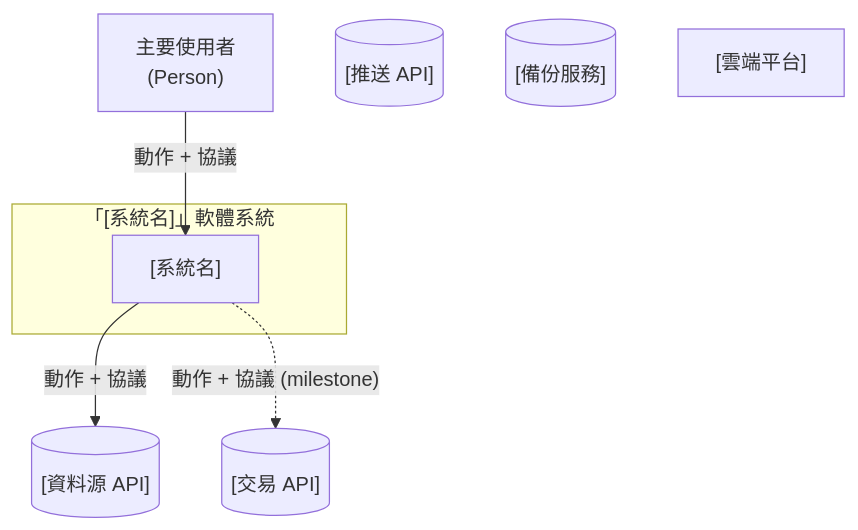
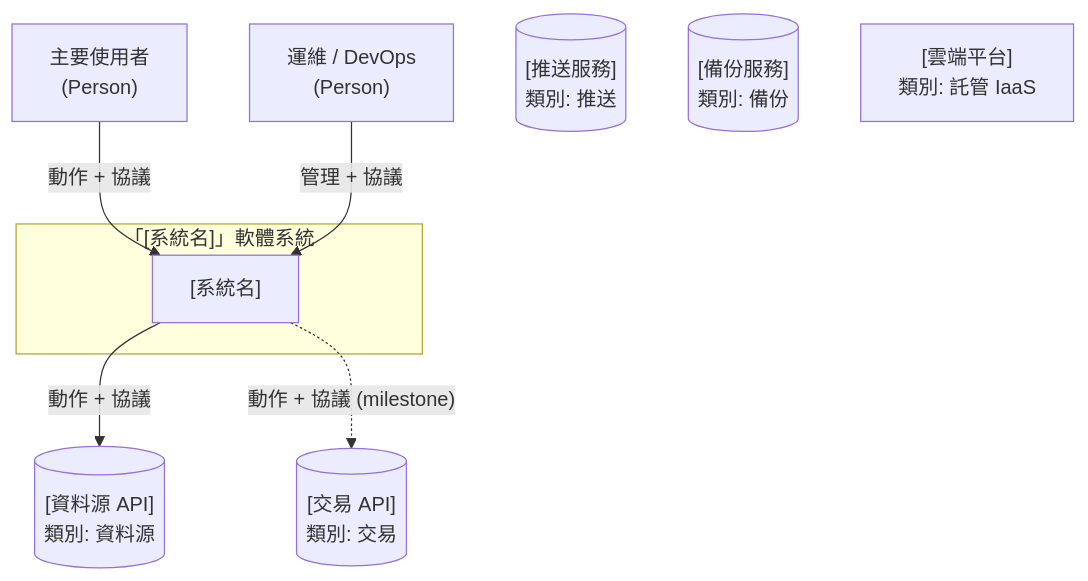
Before and after one commit to Zenobia000/Quantitative_Trading: the first of 7 diagrams in VibeCoding_Workflow_Templates/05_architecture_and_design_document.md, drawn with Mermaid. The commit also changed other lines of this file and 2 other files, not shown here.

First line of the commit message:
docs(VibeCoding): upgrade template 05 to v3.0 — modern architecture dimensions

````diff
--- a/VibeCoding_Workflow_Templates/05_architecture_and_design_document.md
+++ b/VibeCoding_Workflow_Templates/05_architecture_and_design_document.md
@@ -73,23 +88,21 @@
 ```mermaid
 flowchart TB
     user["主要使用者<br/>(Person)"]
+    admin["運維 / DevOps<br/>(Person)"]
 
     subgraph boundary["「[系統名]」軟體系統"]
         sys["[系統名]"]
     end
 
-    %% 外部系統：資料源
-    ext1[("[資料源 API]")]
-    %% 外部系統：交易（如有）
-    ext2[("[交易 API]")]
-    %% 外部系統：推送
-    ext3[("[推送 API]")]
-    %% 外部系統：備份
-    ext4[("[備份服務]")]
-    %% 外部系統：託管 IaaS
-    ext5["[雲端平台]"]
+    %% 五類外部系統（缺一視為 partial disclosure）
+    ext_data[("[資料源 API]<br/>類別: 資料源")]
+    ext_txn[("[交易 API]<br/>類別: 交易")]
+    ext_push[("[推送服務]<br/>類別: 推送")]
+    ext_backup[("[備份服務]<br/>類別: 備份")]
+    ext_iaas["[雲端平台]<br/>類別: 託管 IaaS"]
 
     user -->|"動作 + 協議"| sys
-    sys -->|"動作 + 協議"| ext1
-    sys -.->|"動作 + 協議 (milestone)"| ext2
+    admin -->|"管理 + 協議"| sys
+    sys -->|"動作 + 協議"| ext_data
+    sys -.->|"動作 + 協議 (milestone)"| ext_txn
 ```
````
